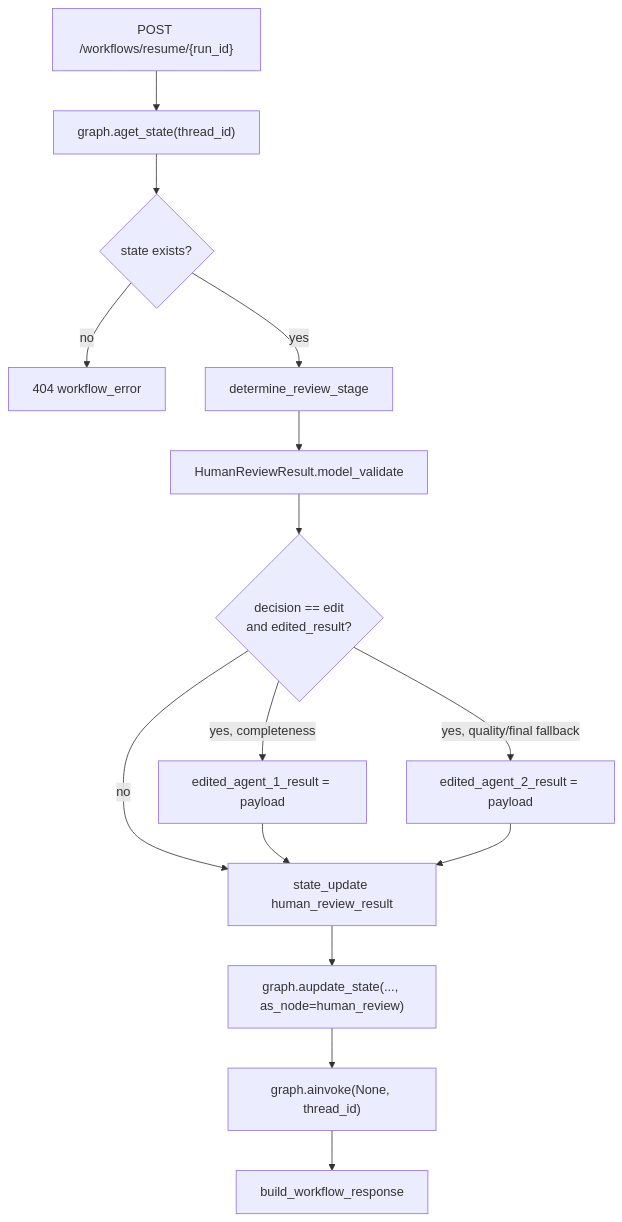
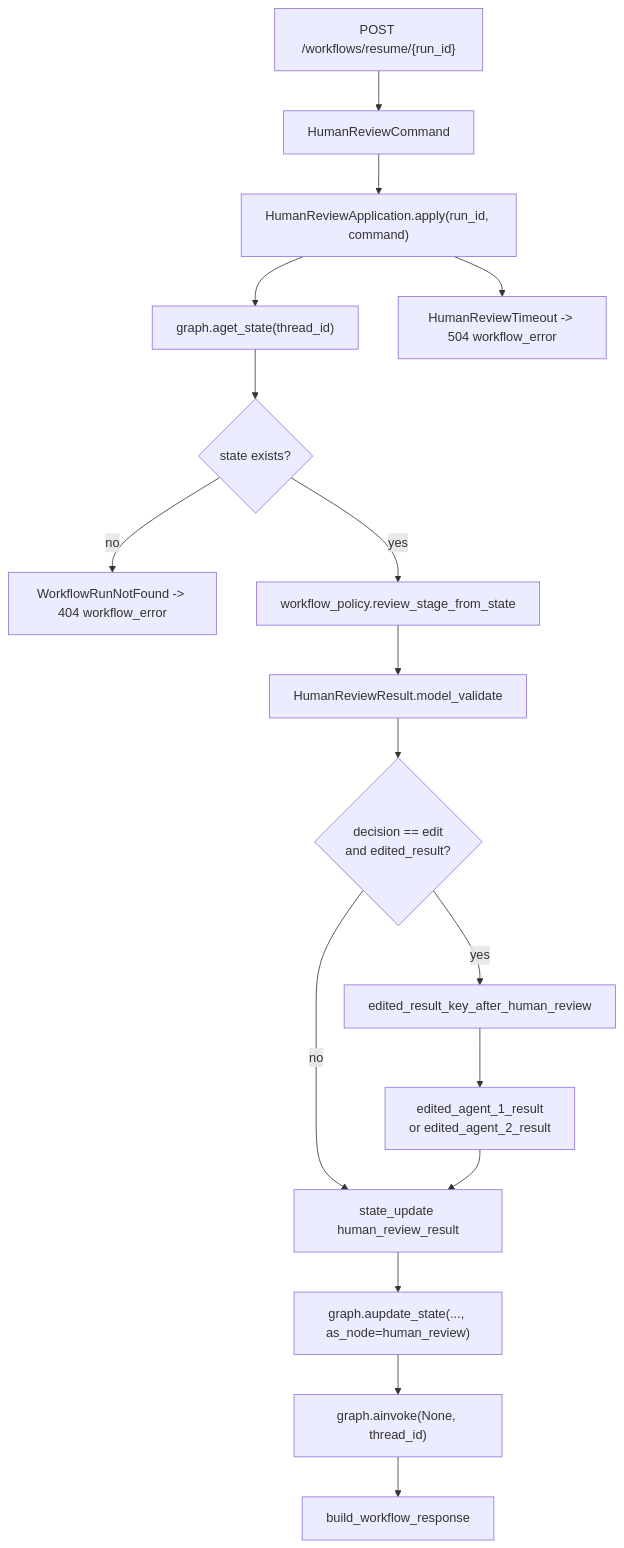
Before and after one commit to anhtuan23004/Undergraduate-thesis-2026: the fourth of 6 diagrams in src/agent-service/docs/01-api-layer.md, drawn with Mermaid. The commit also changed other lines of this file and 10 other files, not shown here.

````diff
--- a/src/agent-service/docs/01-api-layer.md
+++ b/src/agent-service/docs/01-api-layer.md
@@ -107,17 +107,19 @@
 ```mermaid
 flowchart TD
-    Resume["POST /workflows/resume/{run_id}"] --> Load["graph.aget_state(thread_id)"]
+    Resume["POST /workflows/resume/{run_id}"] --> Command["HumanReviewCommand"]
+    Command --> App["HumanReviewApplication.apply(run_id, command)"]
+    App --> Load["graph.aget_state(thread_id)"]
     Load --> Exists{"state exists?"}
-    Exists -->|"no"| NotFound["404 workflow_error"]
-    Exists -->|"yes"| Stage["determine_review_stage"]
+    Exists -->|"no"| NotFound["WorkflowRunNotFound -> 404 workflow_error"]
+    Exists -->|"yes"| Stage["workflow_policy.review_stage_from_state"]
     Stage --> Validate["HumanReviewResult.model_validate"]
     Validate --> Decision{"decision == edit<br/>and edited_result?"}
-    Decision -->|"yes, completeness"| Edit1["edited_agent_1_result = payload"]
-    Decision -->|"yes, quality/final fallback"| Edit2["edited_agent_2_result = payload"]
+    Decision -->|"yes"| PolicyKey["edited_result_key_after_human_review"]
+    PolicyKey --> EditKey["edited_agent_1_result<br/>or edited_agent_2_result"]
     Decision -->|"no"| Update["state_update human_review_result"]
-    Edit1 --> Update
-    Edit2 --> Update
+    EditKey --> Update
     Update --> AUpdate["graph.aupdate_state(..., as_node=human_review)"]
     AUpdate --> Invoke["graph.ainvoke(None, thread_id)"]
     Invoke --> Response["build_workflow_response"]
+    App --> Timeout["HumanReviewTimeout -> 504 workflow_error"]
 ```
````
